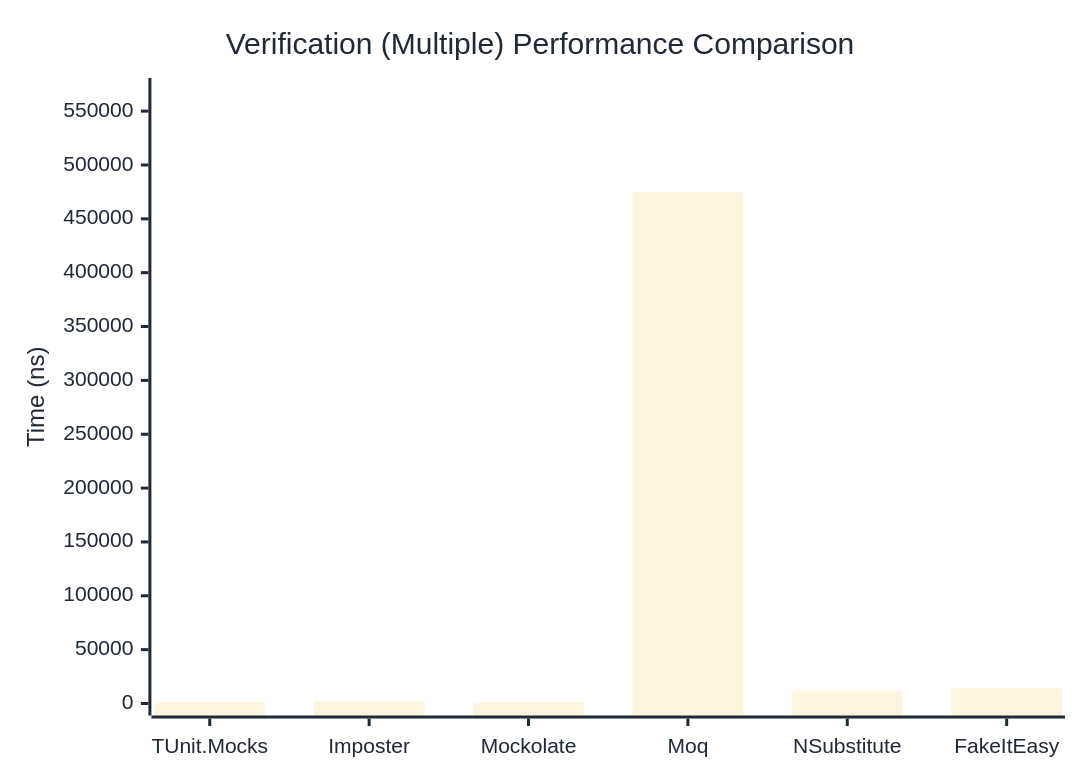
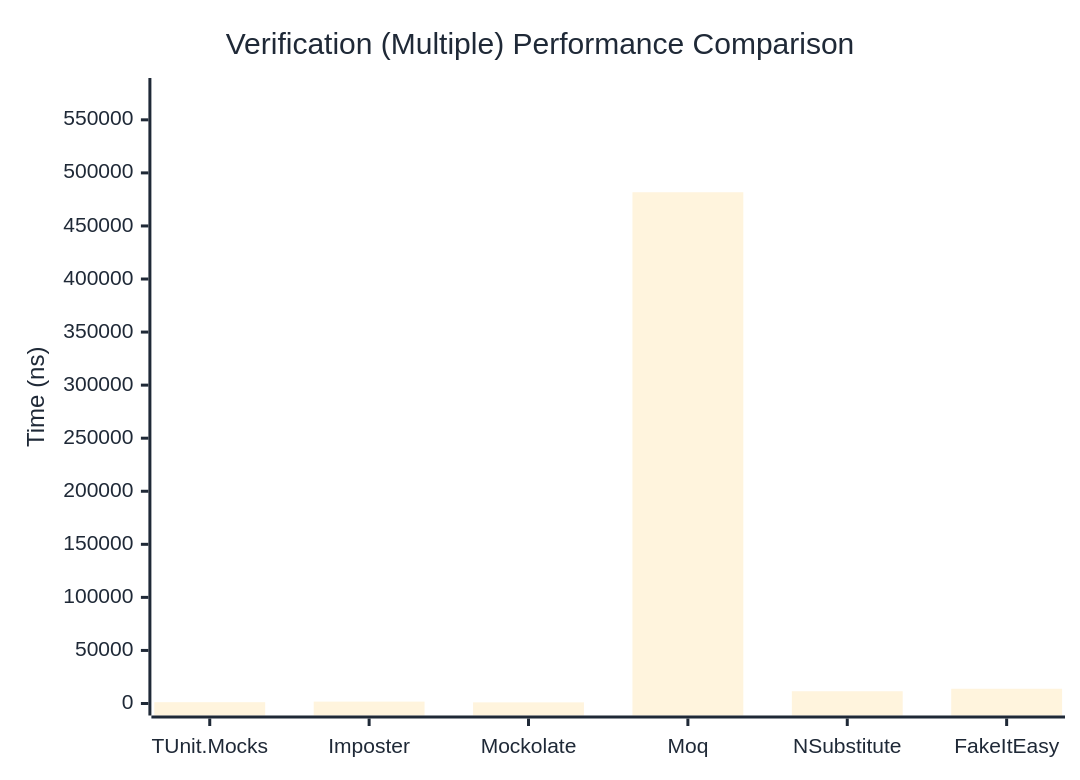
Before and after one commit to thomhurst/TUnit: the third of 3 diagrams in docs/docs/benchmarks/mocks/Verification.md, drawn with Mermaid. The commit also changed other lines of this file and 14 other files, not shown here.

````diff
--- a/docs/docs/benchmarks/mocks/Verification.md
+++ b/docs/docs/benchmarks/mocks/Verification.md
@@ -112,27 +112,27 @@
 ```mermaid
 %%{init: {
   'theme':'base',
   'themeVariables': {
     'primaryColor': '#2563eb',
     'primaryTextColor': '#1f2937',
     'primaryBorderColor': '#1e40af',
     'lineColor': '#6b7280',
     'secondaryColor': '#7c3aed',
     'tertiaryColor': '#dc2626',
     'background': '#ffffff',
     'pie1': '#2563eb',
     'pie2': '#7c3aed',
     'pie3': '#dc2626',
     'pie4': '#f59e0b',
     'pie5': '#10b981',
     'pie6': '#06b6d4',
     'pie7': '#ec4899',
     'pie8': '#6366f1'
   }
 }}%%
 xychart-beta
   title "Verification (Multiple) Performance Comparison"
   x-axis ["TUnit.Mocks", "Imposter", "Mockolate", "Moq", "NSubstitute", "FakeItEasy"]
-  y-axis "Time (ns)" 0 --> 569616
-  bar [1207.34, 1721.34, 1070.27, 474679.51, 11404.95, 13949.69]
+  y-axis "Time (ns)" 0 --> 578106
+  bar [1226.86, 1776.76, 1085.32, 481754.37, 11544.05, 13900.81]
 ```
````
